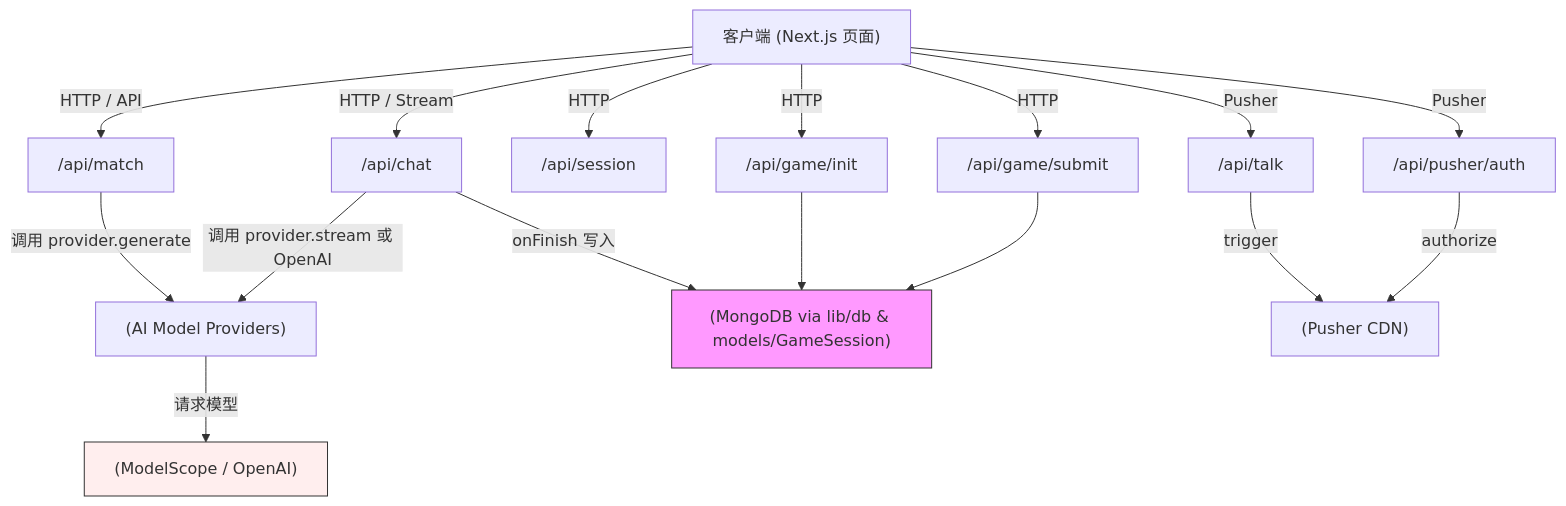
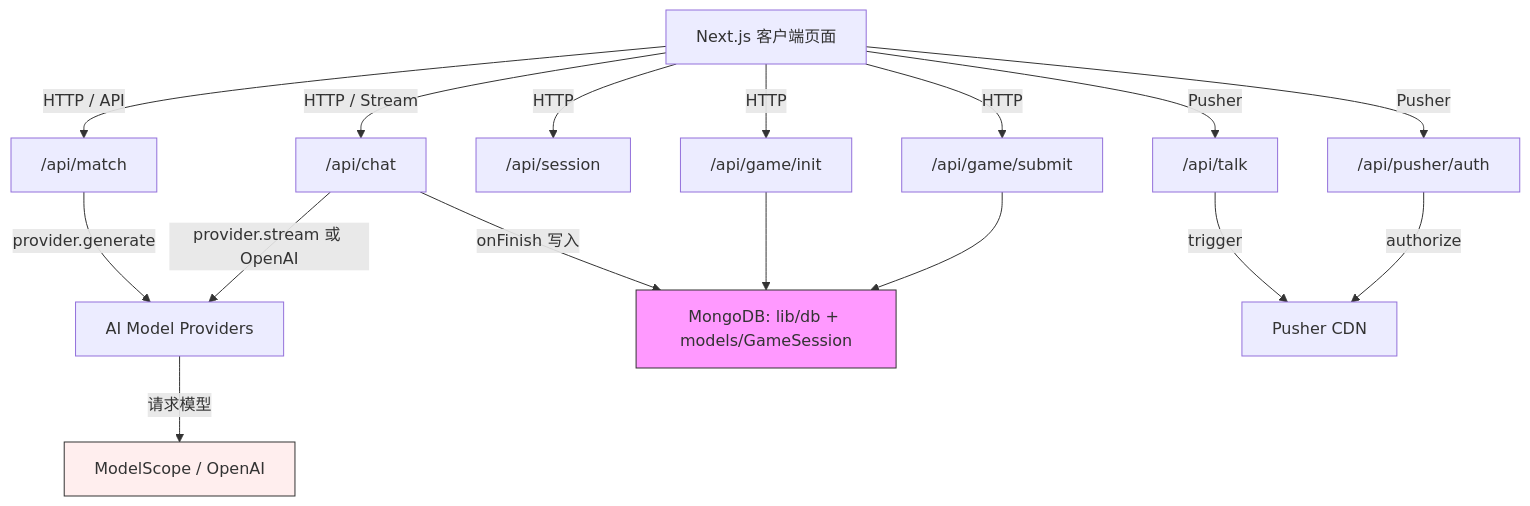
One commit to chenruihang1203/BasicWebsitecopy changed the diagram in README.md. Above: the diagram before and after it, drawn with Mermaid. The commit also changed other lines of this file and 2 other files, not shown here.

````diff
--- a/README.md
+++ b/README.md
@@ -44,23 +75,23 @@
-  ```mermaid
-  flowchart TD
-    Client["客户端 (Next.js 页面)"] -->|HTTP / API| Match["/api/match"]
-    Client -->|HTTP / Stream| Chat["/api/chat"]
-    Client -->|HTTP| Session["/api/session"]
-    Client -->|HTTP| GameInit["/api/game/init"]
-    Client -->|HTTP| GameSubmit["/api/game/submit"]
-    Client -->|Pusher| PusherAuth["/api/pusher/auth"]
-    Client -->|Pusher| Talk["/api/talk"]
+```mermaid
+flowchart TD
+  Client["Next.js 客户端页面"] -->|HTTP / API| Match["/api/match"]
+  Client -->|HTTP / Stream| Chat["/api/chat"]
+  Client -->|HTTP| Session["/api/session"]
+  Client -->|HTTP| GameInit["/api/game/init"]
+  Client -->|HTTP| GameSubmit["/api/game/submit"]
+  Client -->|Pusher| PusherAuth["/api/pusher/auth"]
+  Client -->|Pusher| Talk["/api/talk"]
 
-    Match -->|调用 provider.generate| AIProviders["(AI Model Providers)"]
-    Chat -->|调用 provider.stream 或 OpenAI| AIProviders
-    AIProviders -->|请求模型| ExternalModels["(ModelScope / OpenAI)"]
+  Match -->|provider.generate| AIProviders["AI Model Providers"]
+  Chat -->|provider.stream 或 OpenAI| AIProviders
+  AIProviders -->|请求模型| ExternalModels["ModelScope / OpenAI"]
 
-    Chat -->|onFinish 写入| Mongo["(MongoDB via lib/db & models/GameSession)"]
-    GameInit --> Mongo
-    GameSubmit --> Mongo
-    Talk -->|trigger| PusherService["(Pusher CDN)"]
-    PusherAuth -->|authorize| PusherService
+  Chat -->|onFinish 写入| Mongo["MongoDB: lib/db + models/GameSession"]
+  GameInit --> Mongo
+  GameSubmit --> Mongo
+  Talk -->|trigger| PusherService["Pusher CDN"]
+  PusherAuth -->|authorize| PusherService
 
-    style Mongo fill:#f9f,stroke:#333,stroke-width:1px
-    style ExternalModels fill:#fee,stroke:#333
-  ```
+  style Mongo fill:#f9f,stroke:#333,stroke-width:1px
+  style ExternalModels fill:#fee,stroke:#333
+```
````
